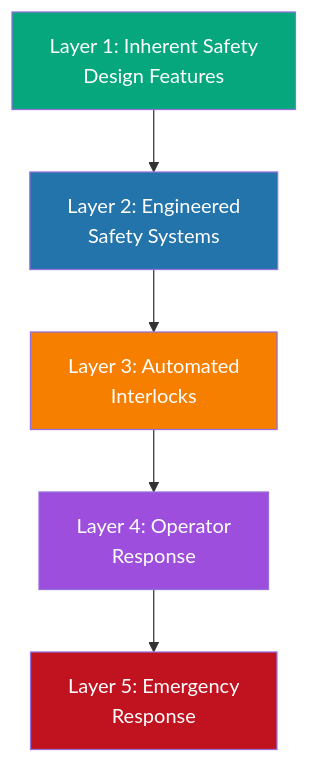
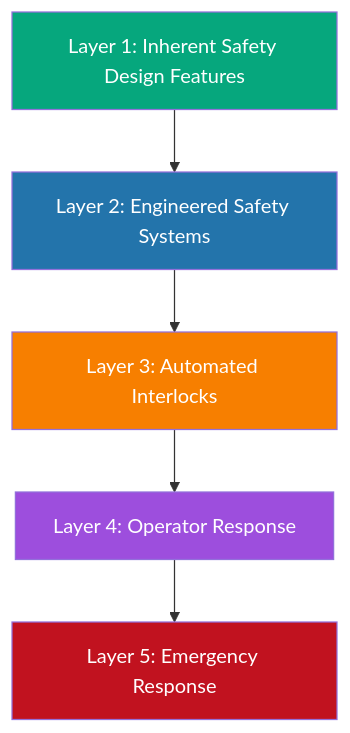
Before and after one commit to szemkoff/LAFRES: the diagram in website/docs/safety/overview.md, drawn with Mermaid. The commit also changed 7 other files, not shown here.

First line of the commit message:
Fix Mermaid diagram syntax - remove br tags

````diff
--- a/website/docs/safety/overview.md
+++ b/website/docs/safety/overview.md
@@ -51,13 +51,13 @@
 ```mermaid
 graph TB
-    A[Layer 1: Inherent Safety<br/>Design Features] --> B[Layer 2: Engineered<br/>Safety Systems]
-    B --> C[Layer 3: Automated<br/>Interlocks]
-    C --> D[Layer 4: Operator<br/>Response]
-    D --> E[Layer 5: Emergency<br/>Response]
+    A[Layer 1: Inherent Safety Design Features] --> B[Layer 2: Engineered Safety Systems]
+    B --> C[Layer 3: Automated Interlocks]
+    C --> D[Layer 4: Operator Response]
+    D --> E[Layer 5: Emergency Response]
     
     style A fill:#06a77d,color:#fff
     style B fill:#2374ab,color:#fff
     style C fill:#f77f00,color:#fff
     style D fill:#9d4edd,color:#fff
     style E fill:#c1121f,color:#fff
 ```
````
